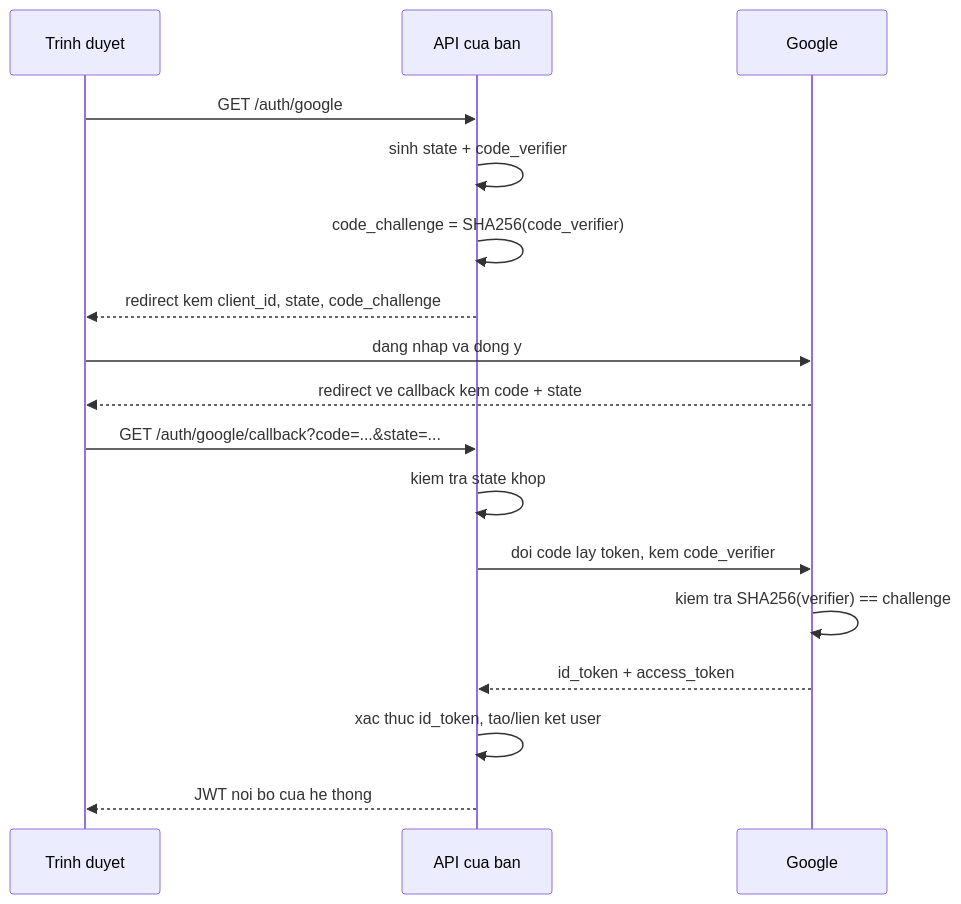
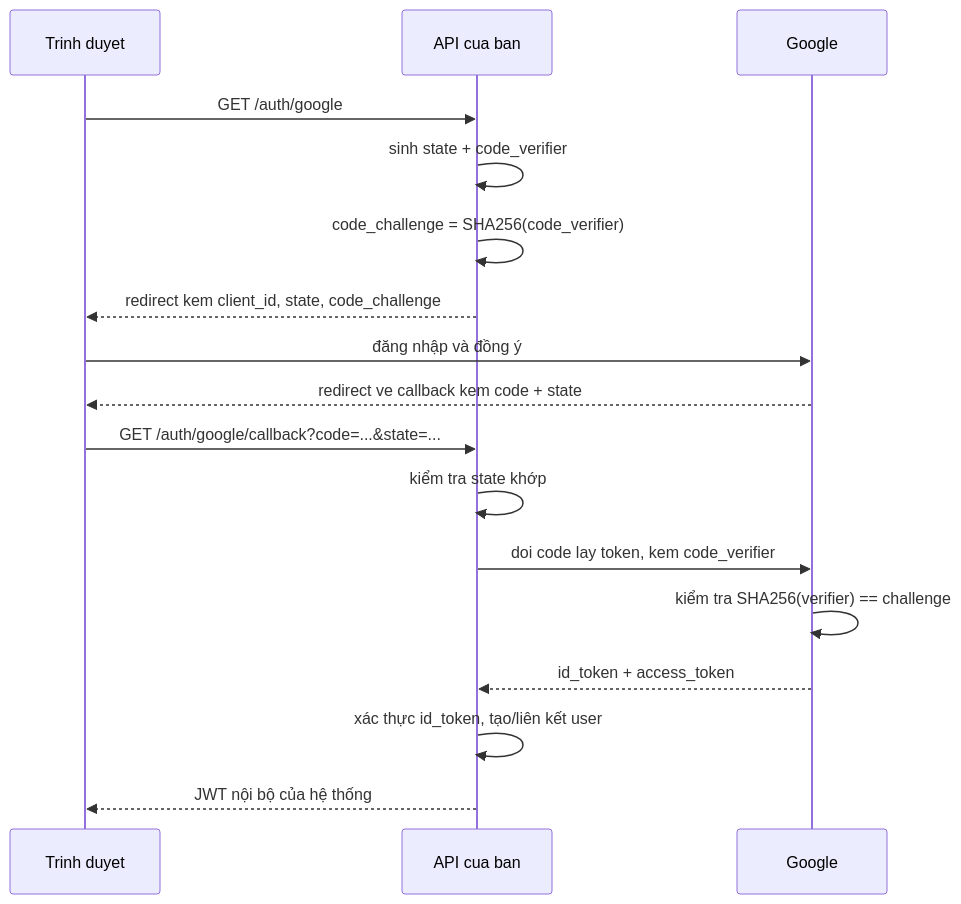
The diagram in docs/09-dotnet-backend-zero-to-senior/stage-03-aspnet-core-backend/module-10-authentication-authorization/10.9-overview.mdx (TienNHM/tiennhm.github.io), drawn with Mermaid before and after one commit. The commit also changed other lines of this file and 12 other files, not shown here.

````diff
--- a/docs/09-dotnet-backend-zero-to-senior/stage-03-aspnet-core-backend/module-10-authentication-authorization/10.9-overview.mdx
+++ b/docs/09-dotnet-backend-zero-to-senior/stage-03-aspnet-core-backend/module-10-authentication-authorization/10.9-overview.mdx
@@ -44,19 +44,19 @@
 ```mermaid
 sequenceDiagram
     participant U as Trinh duyet
     participant A as API cua ban
     participant G as Google
     U->>A: GET /auth/google
     A->>A: sinh state + code_verifier
     A->>A: code_challenge = SHA256(code_verifier)
     A-->>U: redirect kem client_id, state, code_challenge
-    U->>G: dang nhap va dong y
+    U->>G: đăng nhập và đồng ý
     G-->>U: redirect ve callback kem code + state
     U->>A: GET /auth/google/callback?code=...&state=...
-    A->>A: kiem tra state khop
+    A->>A: kiểm tra state khớp
     A->>G: doi code lay token, kem code_verifier
-    G->>G: kiem tra SHA256(verifier) == challenge
+    G->>G: kiểm tra SHA256(verifier) == challenge
     G-->>A: id_token + access_token
-    A->>A: xac thuc id_token, tao/lien ket user
-    A-->>U: JWT noi bo cua he thong
+    A->>A: xác thực id_token, tạo/liên kết user
+    A-->>U: JWT nội bộ của hệ thống
 ```
````
